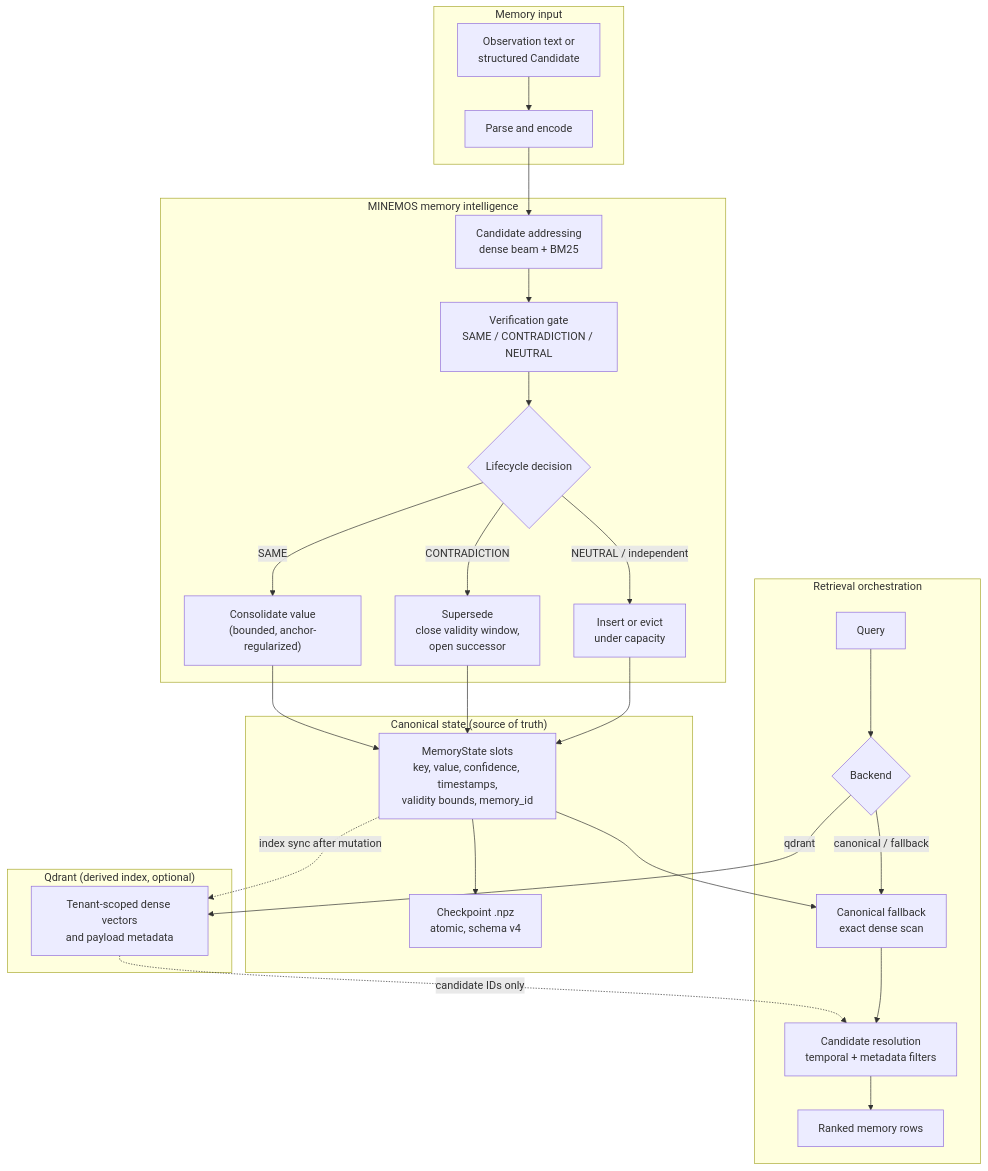
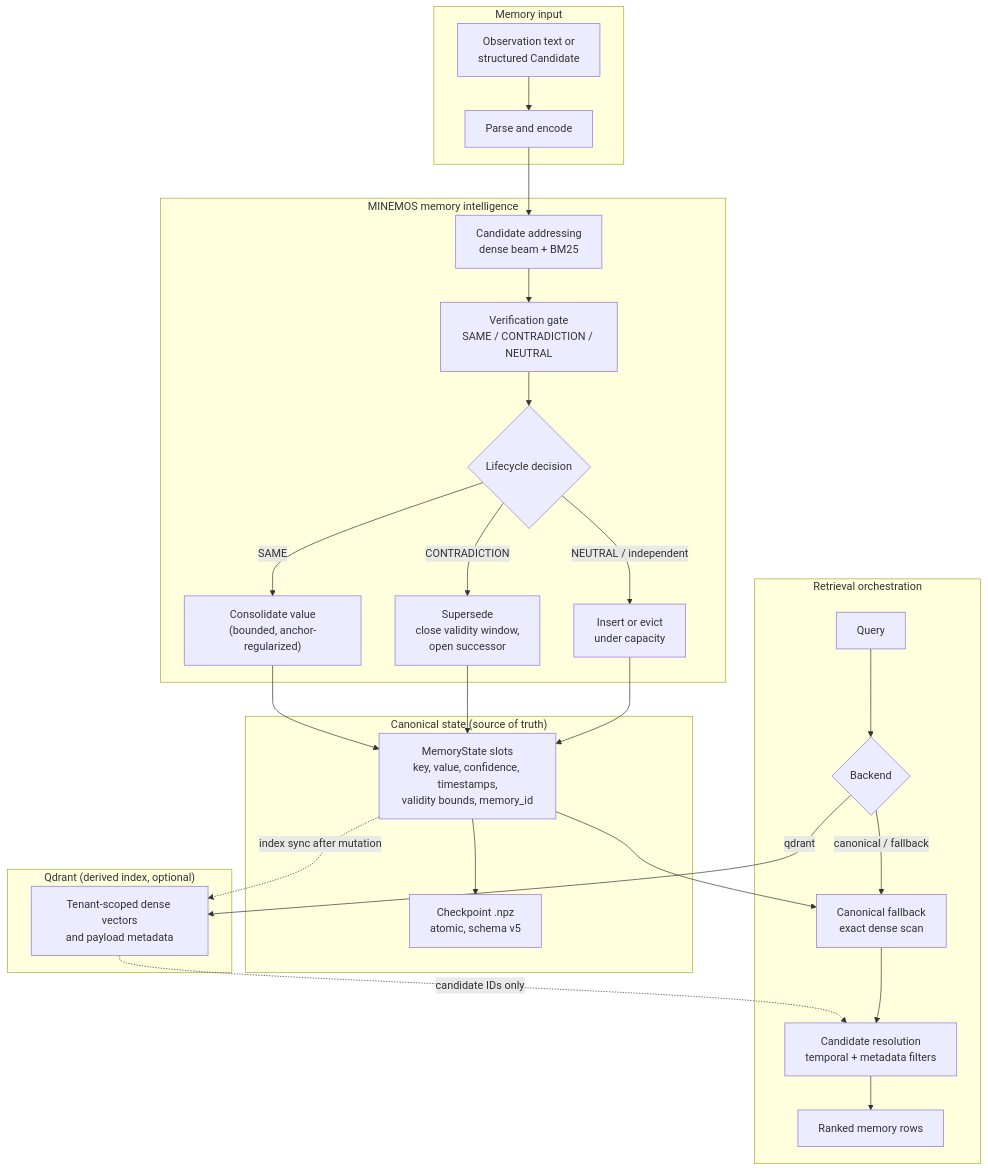
Before and after one commit to robel-samuel/MINEMOS: the diagram in README.md, drawn with Mermaid. The commit also changed other lines of this file and 36 other files, not shown here.

````diff
--- a/README.md
+++ b/README.md
@@ -116,52 +116,52 @@
 ```mermaid
 flowchart TD
     subgraph Input["Memory input"]
         A["Observation text or<br/>structured Candidate"]
         B["Parse and encode"]
     end
 
     subgraph Intelligence["MINEMOS memory intelligence"]
         C["Candidate addressing<br/>dense beam + BM25"]
         D["Verification gate<br/>SAME / CONTRADICTION / NEUTRAL"]
         E{"Lifecycle decision"}
         E1["Consolidate value<br/>(bounded, anchor-regularized)"]
         E2["Supersede<br/>close validity window,<br/>open successor"]
         E3["Insert or evict<br/>under capacity"]
     end
 
     subgraph Canonical["Canonical state (source of truth)"]
         F["MemoryState slots<br/>key, value, confidence, timestamps,<br/>validity bounds, memory_id"]
-        G["Checkpoint .npz<br/>atomic, schema v4"]
+        G["Checkpoint .npz<br/>atomic, schema v5"]
     end
 
     subgraph Retrieval["Retrieval orchestration"]
         H["Query"]
         R{"Backend"}
         I["Candidate resolution<br/>temporal + metadata filters"]
         K["Canonical fallback<br/>exact dense scan"]
         L["Ranked memory rows"]
     end
 
     subgraph Index["Qdrant (derived index, optional)"]
         Q["Tenant-scoped dense vectors<br/>and payload metadata"]
     end
 
     A --> B --> C --> D --> E
     E -- "SAME" --> E1
     E -- "CONTRADICTION" --> E2
     E -- "NEUTRAL / independent" --> E3
 
     E1 --> F
     E2 --> F
     E3 --> F
     F --> G
 
     H --> R
     R -- "qdrant" --> Q
     Q -. "candidate IDs only" .-> I
     R -- "canonical / fallback" --> K
     F --> K
     F -. "index sync after mutation" .-> Q
     K --> I
     I --> L
 ```
````
